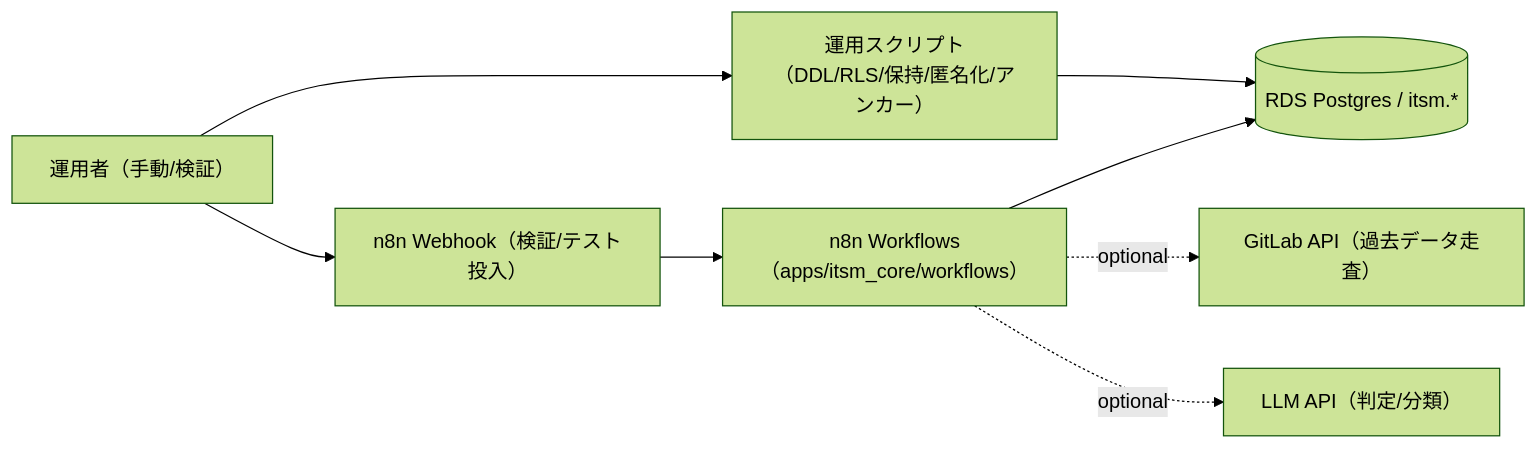
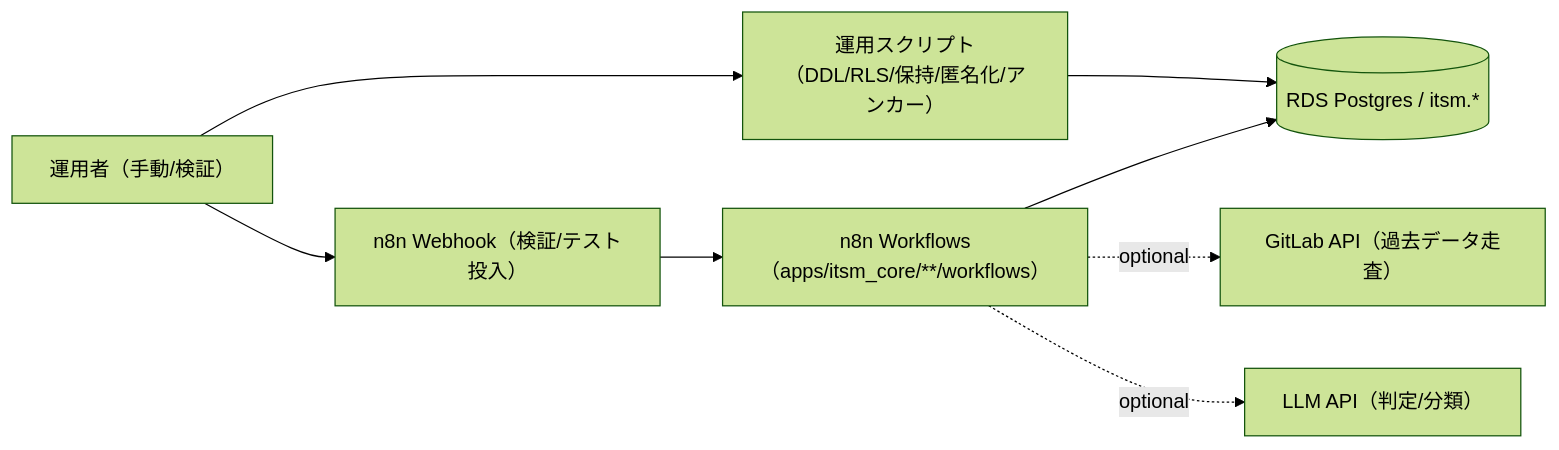
One commit to smic-aiops/aiops-agent changed the diagram in apps/itsm_core/docs/oq/oq.md. Above: the diagram before and after it, drawn with Mermaid (forest theme). The commit also changed other lines of this file and 325 other files, not shown here.

Commit message:
Reorganize ITSM integrations under itsm_core

````diff
--- a/apps/itsm_core/docs/oq/oq.md
+++ b/apps/itsm_core/docs/oq/oq.md
@@ -9,11 +9,11 @@
 ```mermaid
 flowchart LR
   Operator[運用者（手動/検証）] --> Webhook["n8n Webhook（検証/テスト投入）"]
   Operator --> Scripts["運用スクリプト（DDL/RLS/保持/匿名化/アンカー）"]
 
-  Webhook --> WF[n8n Workflows（apps/itsm_core/workflows）]
+  Webhook --> WF[n8n Workflows（apps/itsm_core/**/workflows）]
   Scripts --> DB[(RDS Postgres / itsm.*)]
   WF --> DB
   WF -. optional .-> GitLab[GitLab API（過去データ走査）]
   WF -. optional .-> LLM[LLM API（判定/分類）]
 ```
````
